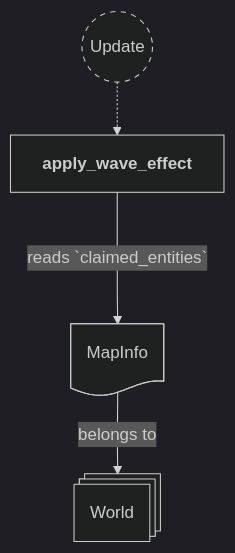
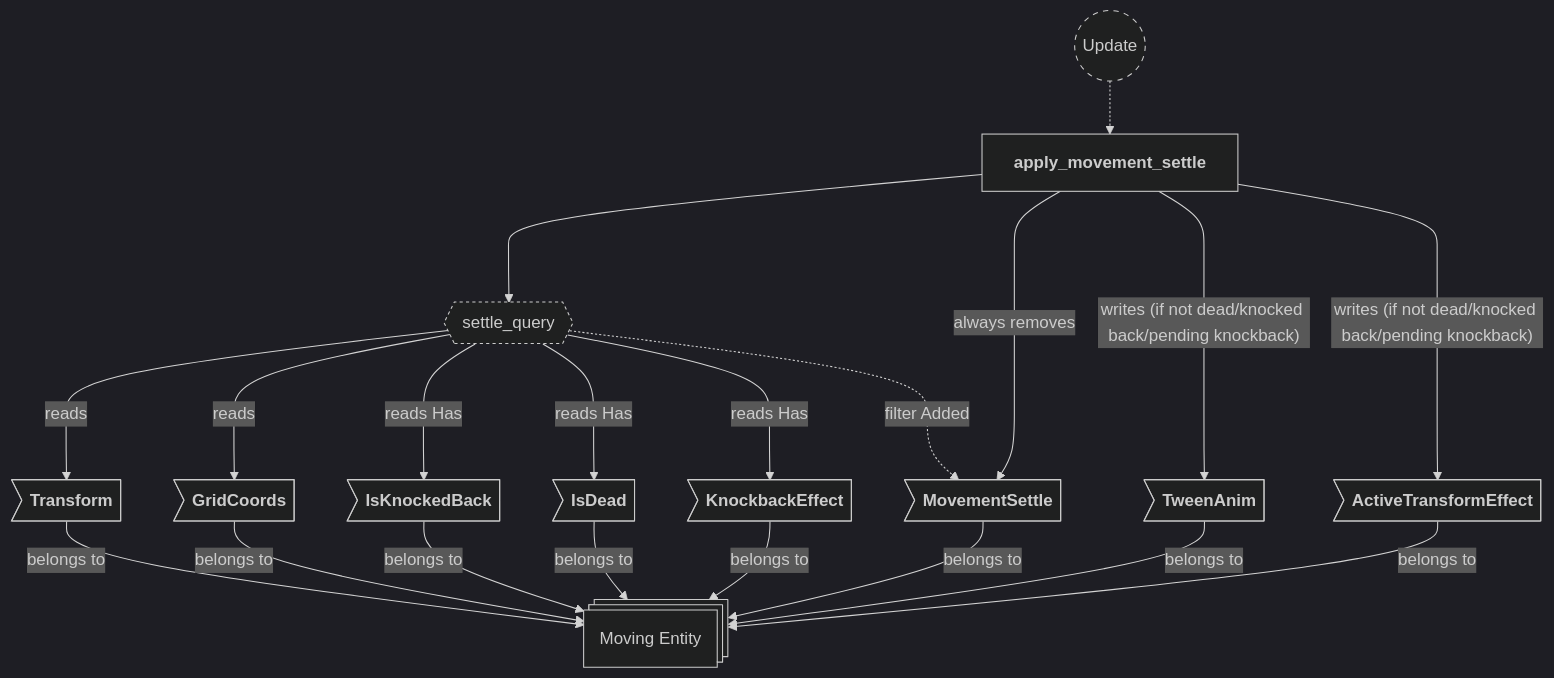
One commit to neurosoup/tyled changed the fifth of 25 diagrams in backlog/docs/doc-10 - 008-Effects-plugin.md. Above: the diagram before and after it, drawn with Mermaid. The commit also changed other lines of this file and 14 other files, not shown here.

First line of the commit message:
Add beam-origin illumination and fix knockback transform-effect race

````diff
--- a/backlog/docs/doc-10 - 008-Effects-plugin.md
+++ b/backlog/docs/doc-10 - 008-Effects-plugin.md
@@ -232,21 +297,39 @@
 ```mermaid
 ---
 config:
   theme: dark
 ---
 
 flowchart TD
 classDef system-group stroke-dasharray: 5 5
+classDef query stroke-dasharray: 3 3
 
 update(("`Update`")):::system-group
-apply_wave_effect["`**apply_wave_effect**`"]
+apply_movement_settle["`**apply_movement_settle**`"]
 
-update -.-> apply_wave_effect
+update -.-> apply_movement_settle
 
-world@{ shape: st-rect, label: "World" }
-map_info_res@{ shape: doc, label: "MapInfo" }
+settle_query{{"`settle_query`"}}:::query
+apply_movement_settle ---> settle_query
 
-map_info_res --> |belongs to| world
+moving_entity@{ shape: st-rect, label: "Moving Entity" }
 
-apply_wave_effect ---> |reads `claimed_entities`| map_info_res
+me_transform>"`**Transform**`"] --> |belongs to| moving_entity
+me_grid_coords>"`**GridCoords**`"] --> |belongs to| moving_entity
+me_is_knocked>"`**IsKnockedBack**`"] --> |belongs to| moving_entity
+me_is_dead>"`**IsDead**`"] --> |belongs to| moving_entity
+me_knockback_effect>"`**KnockbackEffect**`"] --> |belongs to| moving_entity
+me_settle>"`**MovementSettle**`"] --> |belongs to| moving_entity
+me_tween>"`**TweenAnim**`"] --> |belongs to| moving_entity
+me_active>"`**ActiveTransformEffect**`"] --> |belongs to| moving_entity
+
+settle_query ---> |reads| me_transform
+settle_query ---> |reads| me_grid_coords
+settle_query ---> |reads Has| me_is_knocked
+settle_query ---> |reads Has| me_is_dead
+settle_query ---> |reads Has| me_knockback_effect
+settle_query -..-> |filter Added| me_settle
+apply_movement_settle ---> |"writes (if not dead/knocked back/pending knockback)"| me_tween
+apply_movement_settle ---> |"writes (if not dead/knocked back/pending knockback)"| me_active
+apply_movement_settle ---> |always removes| me_settle
 ```
````
